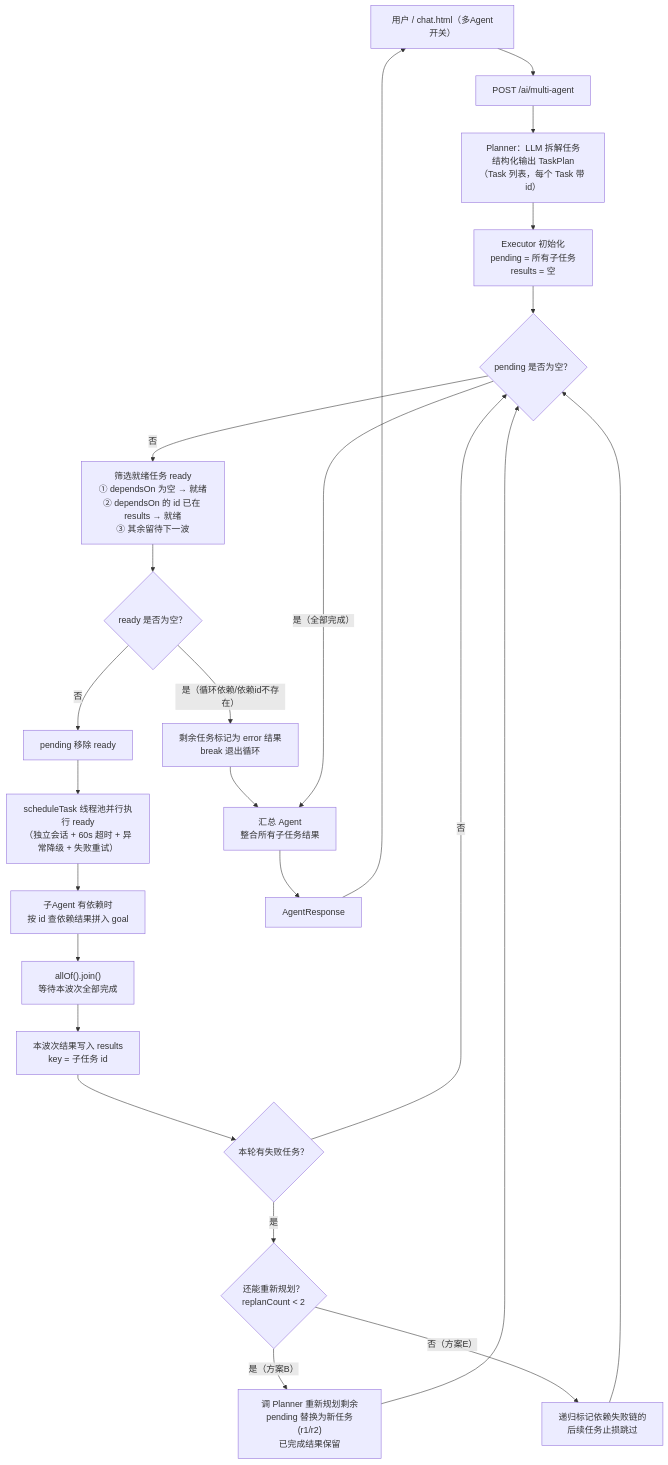
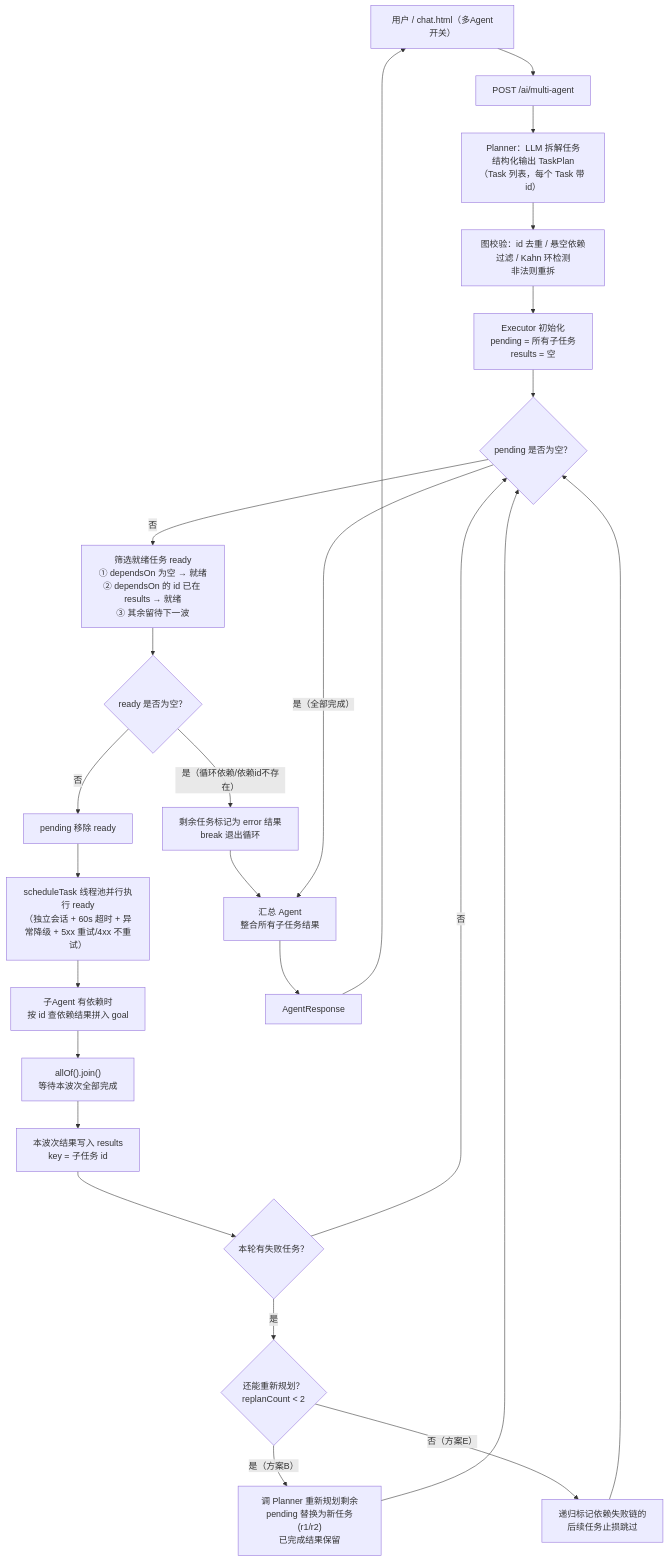
The second of 2 diagrams in README.md (hdwang123/sagent), drawn with Mermaid before and after one commit. The commit also changed other lines of this file, not shown here.

````diff
--- a/README.md
+++ b/README.md
@@ -330,28 +333,29 @@
 ```mermaid
 flowchart TD
     U2["用户 / chat.html（多Agent开关）"] --> P["POST /ai/multi-agent"]
     P --> PL["Planner：LLM 拆解任务<br/>结构化输出 TaskPlan（Task 列表，每个 Task 带 id）"]
-    PL --> INIT["Executor 初始化<br/>pending = 所有子任务<br/>results = 空"]
+    PL --> VALID["图校验：id 去重 / 悬空依赖过滤 / Kahn 环检测<br/>非法则重拆"]
+    VALID --> INIT["Executor 初始化<br/>pending = 所有子任务<br/>results = 空"]
 
     INIT --> WHILE{"pending 是否为空？"}
     WHILE -- "否" --> FILTER["筛选就绪任务 ready<br/>① dependsOn 为空 → 就绪<br/>② dependsOn 的 id 已在 results → 就绪<br/>③ 其余留待下一波"]
     FILTER --> EMPTY{"ready 是否为空？"}
     EMPTY -- "是（循环依赖/依赖id不存在）" --> FAIL["剩余任务标记为 error 结果<br/>break 退出循环"]
     EMPTY -- "否" --> REMOVE["pending 移除 ready"]
-    REMOVE --> RUN["scheduleTask 线程池并行执行 ready<br/>（独立会话 + 60s 超时 + 异常降级 + 失败重试）"]
+    REMOVE --> RUN["scheduleTask 线程池并行执行 ready<br/>（独立会话 + 60s 超时 + 异常降级 + 5xx 重试/4xx 不重试）"]
     RUN --> INJECT["子Agent 有依赖时<br/>按 id 查依赖结果拼入 goal"]
     INJECT --> JOIN["allOf().join()<br/>等待本波次全部完成"]
     JOIN --> STORE["本波次结果写入 results<br/>key = 子任务 id"]
     STORE --> CHECK{"本轮有失败任务？"}
     CHECK -- "否" --> WHILE
     CHECK -- "是" --> REPLAN{"还能重新规划？<br/>replanCount < 2"}
     REPLAN -- "是（方案B）" --> DOREPLAN["调 Planner 重新规划剩余<br/>pending 替换为新任务(r1/r2)<br/>已完成结果保留"]
     DOREPLAN --> WHILE
     REPLAN -- "否（方案E）" --> STOPLOSS["递归标记依赖失败链的<br/>后续任务止损跳过"]
     STOPLOSS --> WHILE
     FAIL --> AGG
 
     WHILE -- "是（全部完成）" --> AGG["汇总 Agent<br/>整合所有子任务结果"]
     AGG --> RESP["AgentResponse"]
     RESP --> U2
 ```
````
